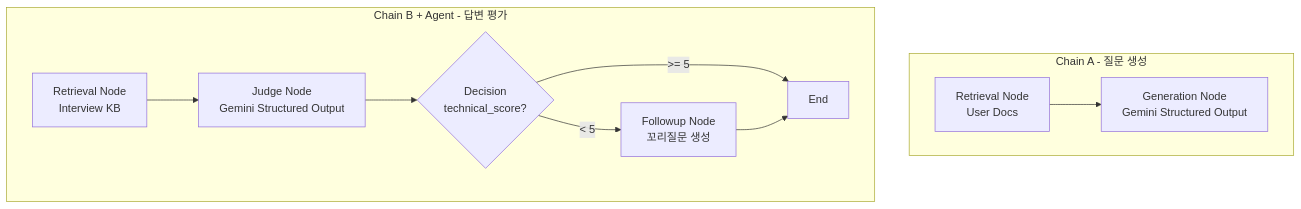
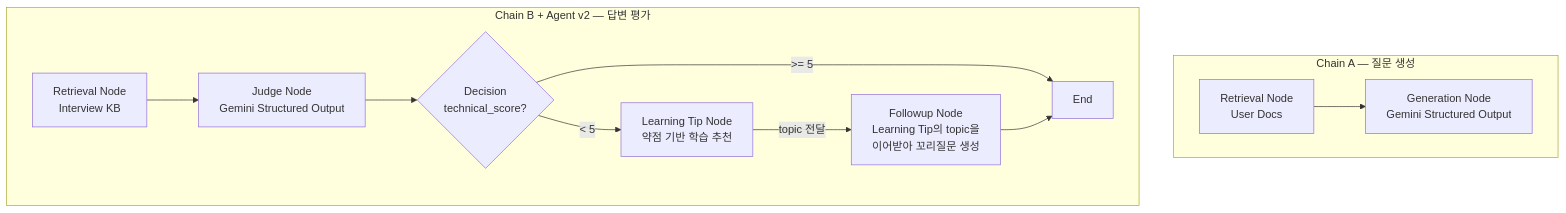
The diagram in README.md (jiyoung720/ai-interview-coach), drawn with Mermaid before and after one commit. The commit also changed other lines of this file and 1 other file, not shown here.

First line of the commit message:
docs: README/명세서 정리 — Roadmap 이관, Agent v2 반영, GPT 피드백 디테일 다듬기

````diff
--- a/README.md
+++ b/README.md
@@ -52,13 +52,14 @@
 ```mermaid
 flowchart TB
-    subgraph ChainA["Chain A - 질문 생성"]
+    subgraph ChainA["Chain A — 질문 생성"]
         A1[Retrieval Node<br/>User Docs] --> A2[Generation Node<br/>Gemini Structured Output]
     end
-    subgraph ChainB["Chain B + Agent - 답변 평가"]
+    subgraph ChainB["Chain B + Agent v2 — 답변 평가"]
         B1[Retrieval Node<br/>Interview KB] --> B2[Judge Node<br/>Gemini Structured Output]
         B2 --> BD{Decision<br/>technical_score?}
-        BD -->|"< 5"| B3[Followup Node<br/>꼬리질문 생성]
+        BD -->|"< 5"| B3[Learning Tip Node<br/>약점 기반 학습 추천]
+        B3 -->|"topic 전달"| B5[Followup Node<br/>Learning Tip의 topic을<br/>이어받아 꼬리질문 생성]
         BD -->|">= 5"| B4[End]
-        B3 --> B4
+        B5 --> B4
     end
 ```
````
